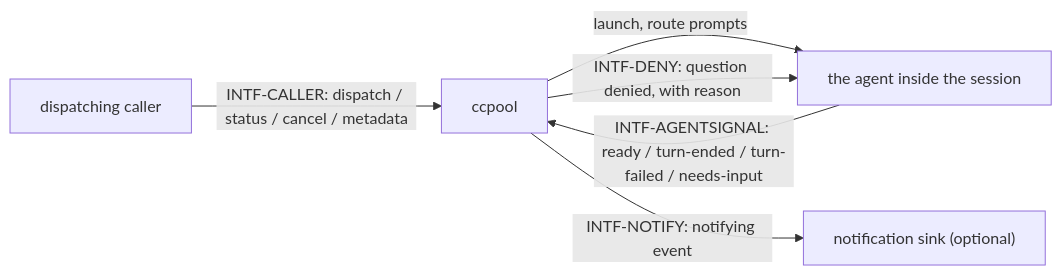
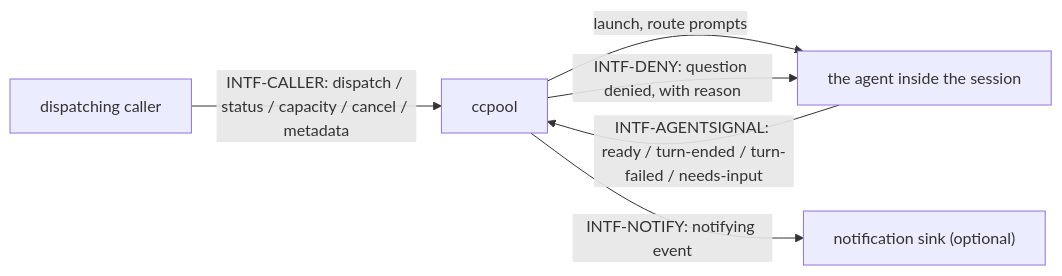
One commit to phillipgreenii/nix-agent-support changed the diagram in packages/ccpool/docs/behavior/interfaces.md. Above: the diagram before and after it, drawn with Mermaid. The commit also changed other lines of this file and 6 other files, not shown here.

Commit message:
docs: ADR 0072 — ccpool capacity counts non-preserved sessions; busy-decline admission; close reason

````diff
--- a/packages/ccpool/docs/behavior/interfaces.md
+++ b/packages/ccpool/docs/behavior/interfaces.md
@@ -24,8 +27,8 @@
 ```mermaid
 flowchart LR
-    CALLER["dispatching caller"] -- "INTF-CALLER: dispatch / status / cancel / metadata" --> CC["ccpool"]
+    CALLER["dispatching caller"] -- "INTF-CALLER: dispatch / status / capacity / cancel / metadata" --> CC["ccpool"]
     CC -- "launch, route prompts" --> AGENT["the agent inside the session"]
     AGENT -- "INTF-AGENTSIGNAL: ready / turn-ended / turn-failed / needs-input" --> CC
     CC -- "INTF-DENY: question denied, with reason" --> AGENT
     CC -- "INTF-NOTIFY: notifying event" --> SINK["notification sink (optional)"]
 ```
````
